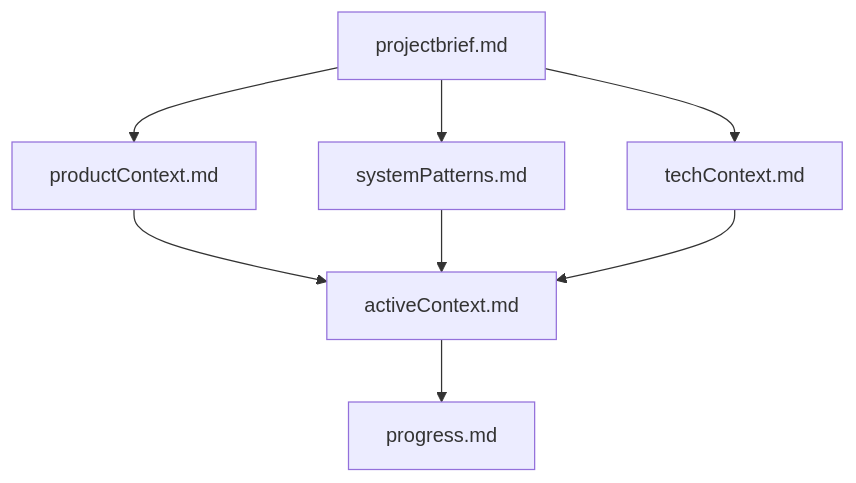
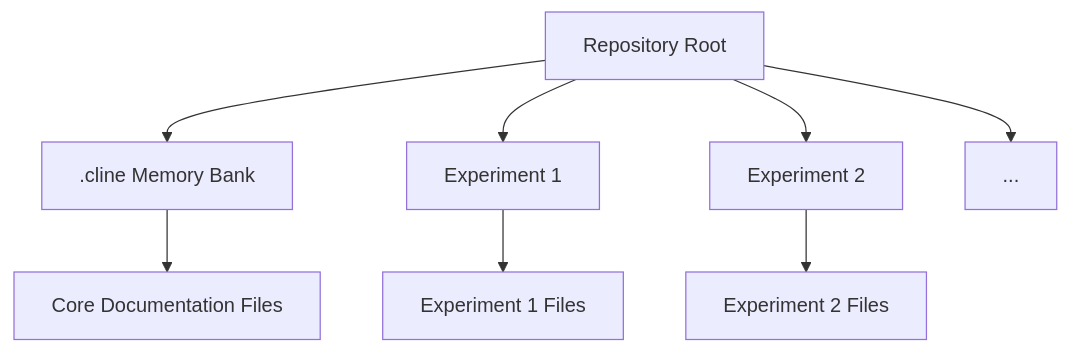
One commit to nakamurau1/cline-playground changed the diagram in .cline/systemPatterns.md. Above: the diagram before and after it, drawn with Mermaid. The commit also changed other lines of this file and 6 other files, not shown here.

````diff
--- a/.cline/systemPatterns.md
+++ b/.cline/systemPatterns.md
@@ -51,10 +22,11 @@
 ```mermaid
 graph TD
-    PB[projectbrief.md] --> PC[productContext.md]
-    PB --> SP[systemPatterns.md]
-    PB --> TC[techContext.md]
-    PC --> AC[activeContext.md]
-    SP --> AC
-    TC --> AC
-    AC --> P[progress.md]
+    A[Repository Root] --> B[.cline Memory Bank]
+    A --> C[Experiment 1]
+    A --> D[Experiment 2]
+    A --> E[...]
+
+    B --> F[Core Documentation Files]
+    C --> G[Experiment 1 Files]
+    D --> H[Experiment 2 Files]
 ```
````
